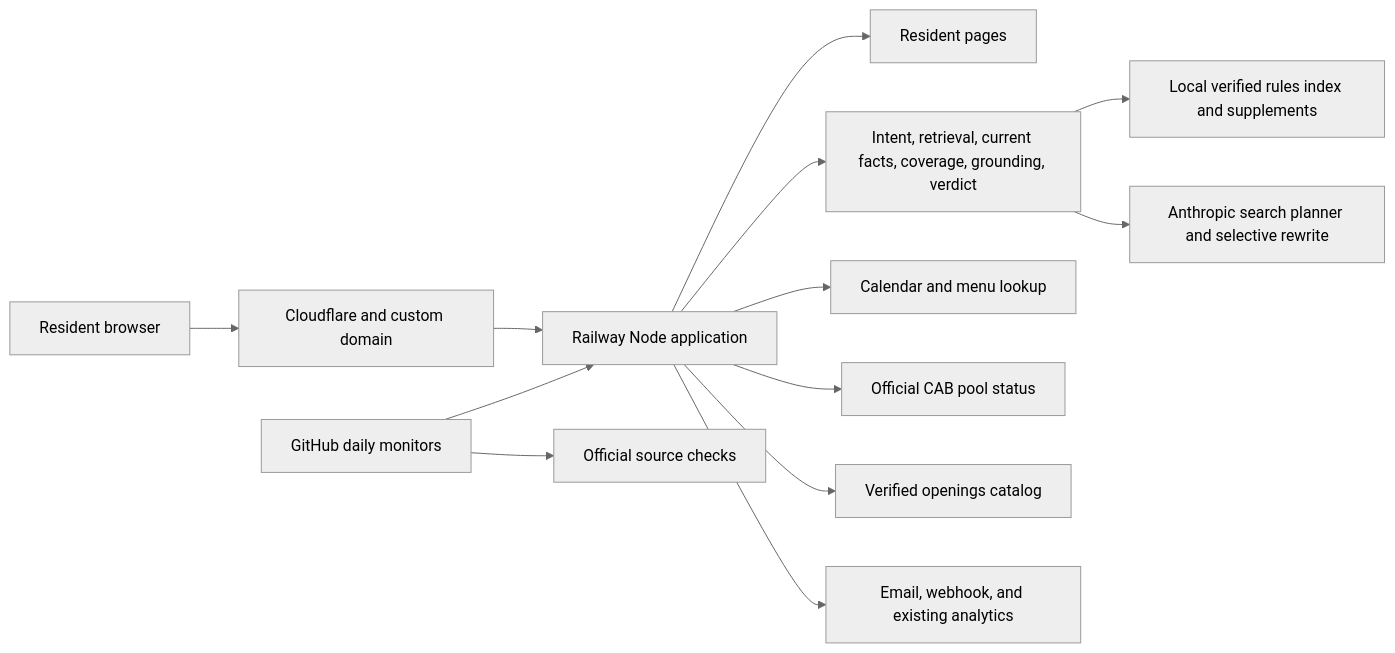
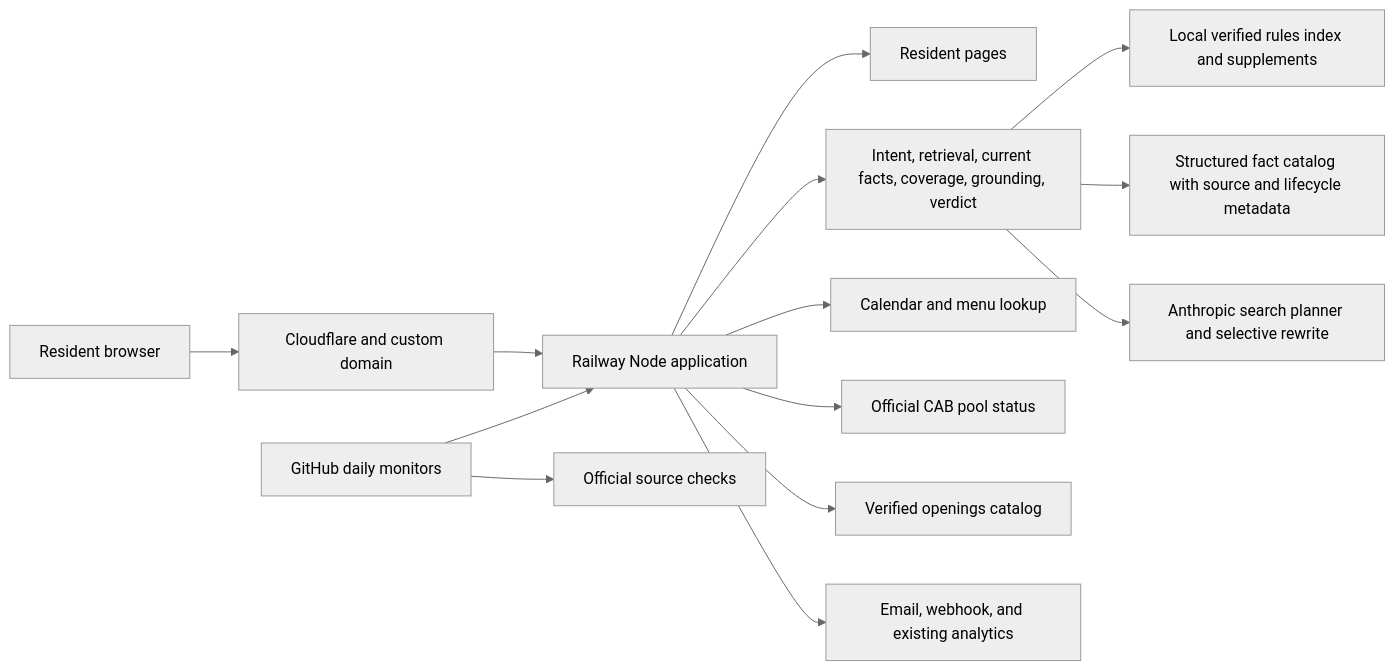
Before and after one commit to mar15sa/sterling-ranch-food-truck-chat: the diagram in docs/ARCHITECTURE.md, drawn with Mermaid (neutral theme). The commit also changed other lines of this file and 18 other files, not shown here.

````diff
--- a/docs/ARCHITECTURE.md
+++ b/docs/ARCHITECTURE.md
@@ -5,15 +5,16 @@
 ```mermaid
 flowchart LR
   Resident[Resident browser] --> Edge[Cloudflare and custom domain]
   Edge --> App[Railway Node application]
   App --> Static[Resident pages]
   App --> Rules[Intent, retrieval, current facts, coverage, grounding, verdict]
   App --> Food[Calendar and menu lookup]
   App --> Pool[Official CAB pool status]
   App --> Openings[Verified openings catalog]
   Rules --> Index[Local verified rules index and supplements]
+  Rules --> Facts[Structured fact catalog with source and lifecycle metadata]
   Rules --> Claude[Anthropic search planner and selective rewrite]
   App --> Alerts[Email, webhook, and existing analytics]
   GitHub[GitHub daily monitors] --> App
   GitHub --> Sources[Official source checks]
 ```
````
